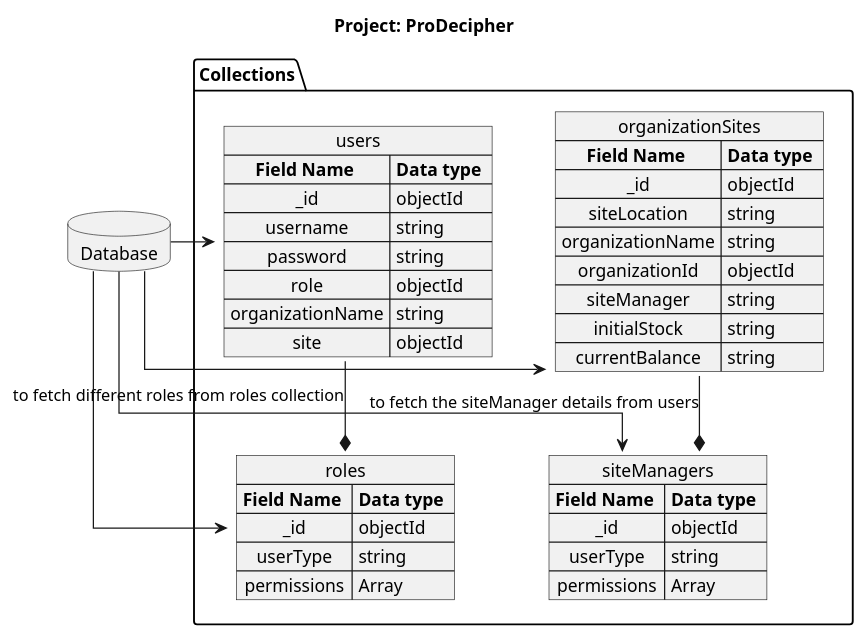
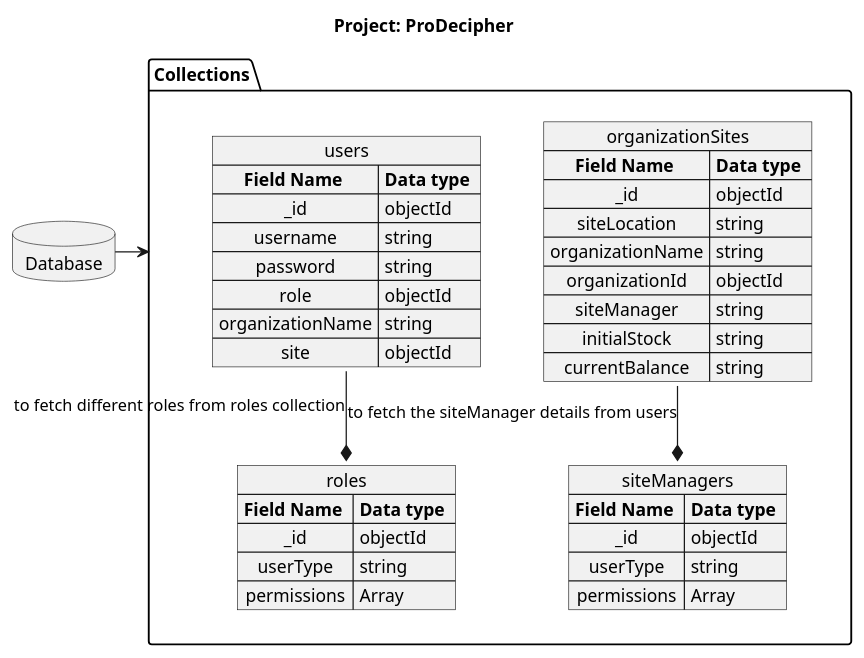
One commit to govind-amt/pro-mvp-api changed the diagram in libs/diagrams/dbSchema.puml. Above: the diagram before and after it, drawn with PlantUML.

Commit message:
development-anumon-3rdPush

```diff
--- a/libs/diagrams/dbSchema.puml
+++ b/libs/diagrams/dbSchema.puml
@@ -1,58 +1,55 @@
 @startuml Project
 'left to right direction
 'https://plantuml.com/object-diagram
 hide circle
 skinparam linetype ortho
 ' Horizontal lines: -->, <--, <-->
 ' Vertical lines: ->, <-, <->
 title Project: ProDecipher
 
 database Database
 package Collections{
 map organizationSites {
      **Field Name ** => **Data type **
     _id => objectId
     siteLocation => string
     organizationName => string
     organizationId => objectId
     siteManager => string
     initialStock => string
     currentBalance => string
 }
 map users {
    **Field Name ** => **Data type **
         _id => objectId
         username => string
         password => string
         role => objectId
         organizationName => string
         site => objectId
 
 }
 map siteManagers {
  **Field Name ** => **Data type **
         _id => objectId
         userType => string
         permissions => Array
 }
 map roles {
  **Field Name ** => **Data type **
         _id => objectId
         userType => string
         permissions => Array
 }
 }
 
 
 
 users --* roles: to fetch different roles from roles collection
-Database -> organizationSites
-Database -> siteManagers
-Database -> roles
-Database -> users
+Database -> Collections
 organizationSites --* siteManagers: to fetch the siteManager details from users
 
 
 
 
 @enduml
```
